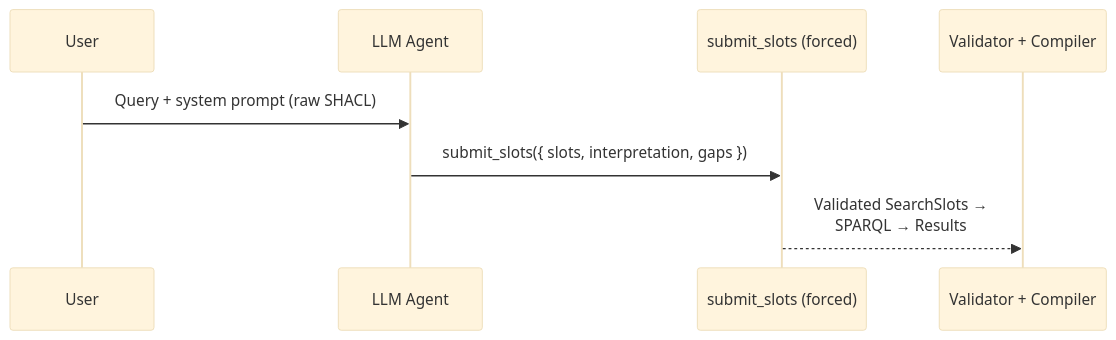
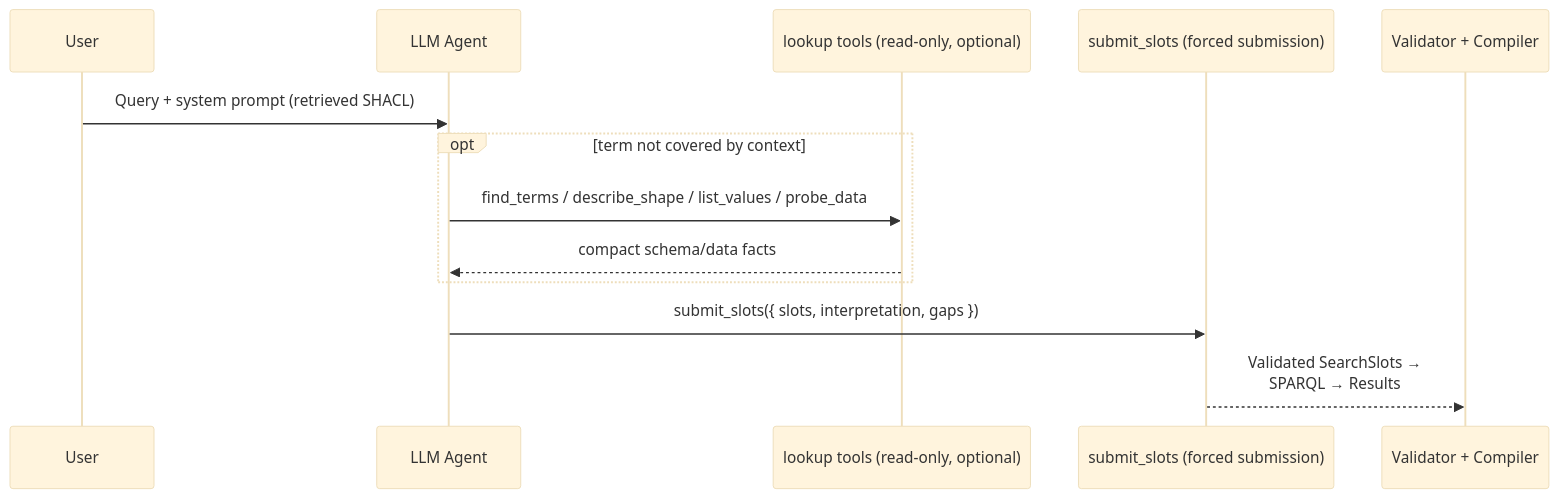
One commit to ASCS-eV/ontology-based-nl-search changed the first of 3 diagrams in apps/docs/agent.md. Above: the diagram before and after it, drawn with Mermaid (base theme). The commit also changed other lines of this file and 6 other files, not shown here.

````diff
--- a/apps/docs/agent.md
+++ b/apps/docs/agent.md
@@ -9,11 +19,16 @@
 ```mermaid
 sequenceDiagram
     participant U as User
     participant L as LLM Agent
-    participant SS as submit_slots (forced)
+    participant LK as lookup tools (read-only, optional)
+    participant SS as submit_slots (forced submission)
     participant V as Validator + Compiler
 
-    U->>L: Query + system prompt (raw SHACL)
+    U->>L: Query + system prompt (retrieved SHACL)
+    opt term not covered by context
+        L->>LK: find_terms / describe_shape / list_values / probe_data
+        LK-->>L: compact schema/data facts
+    end
     L->>SS: submit_slots({ slots, interpretation, gaps })
     SS-->>V: Validated SearchSlots →<br/>SPARQL → Results
 ```
````
